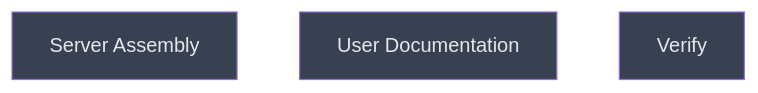
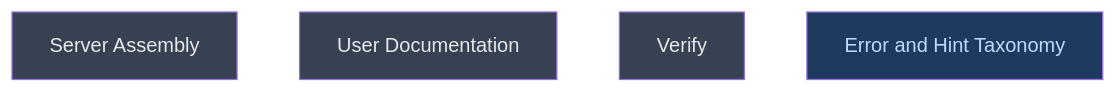
The diagram in __roadmap__/colgrep_mcp/build/tools/integrate/README.md (CrackingShells/colgrep-mcp), drawn with Mermaid before and after one commit. The commit also changed other lines of this file and 1 other file, not shown here.

First line of the commit message:
docs(roadmap): amend integrate level with an error and hint taxonomy leaf

````diff
--- a/__roadmap__/colgrep_mcp/build/tools/integrate/README.md
+++ b/__roadmap__/colgrep_mcp/build/tools/integrate/README.md
@@ -18,11 +18,12 @@
 ```mermaid
 graph TD
     server_assembly[Server Assembly]:::planned
     docs_readme[User Documentation]:::planned
     verify[Verify]:::planned
+    error_taxonomy[Error and Hint Taxonomy]:::amendment
     classDef done       fill:#166534,color:#bbf7d0
     classDef inprogress fill:#854d0e,color:#fef08a
     classDef planned    fill:#374151,color:#e5e7eb
     classDef amendment  fill:#1e3a5f,color:#bfdbfe
     classDef blocked    fill:#7f1d1d,color:#fecaca
 ```
````
